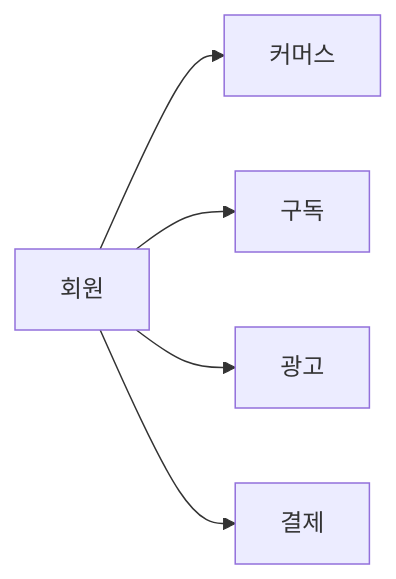
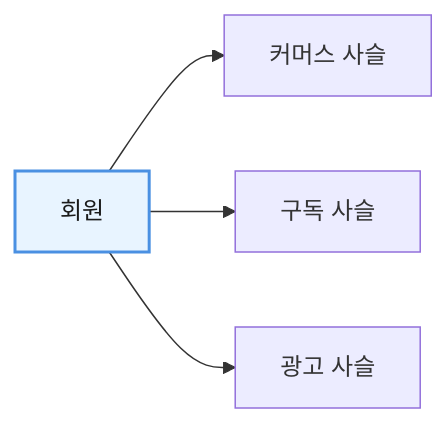
One commit to i31pc17/bitbook changed the eighth of 12 diagrams in 모던 데이터 아키텍처/21장. 도메인 토폴로지.md. Above: the diagram before and after it, drawn with Mermaid. The commit also changed other lines of this file and 1 other file, not shown here.

````diff
--- a/모던 데이터 아키텍처/21장. 도메인 토폴로지.md
+++ b/모던 데이터 아키텍처/21장. 도메인 토폴로지.md
@@ -821,12 +717,9 @@
 ```mermaid
 flowchart LR
-    n0["회원"]
-    n1["커머스"]
-    n2["구독"]
-    n3["광고"]
-    n4["결제"]
-    n0 --> n1
-    n0 --> n2
-    n0 --> n3
-    n0 --> n4
+    M["회원"]
+    M --> C["커머스 사슬"]
+    M --> S["구독 사슬"]
+    M --> A["광고 사슬"]
+
+    style M fill:#e8f4ff,stroke:#4a90e2,stroke-width:2px,color:#1a1a1a
 ```
````
